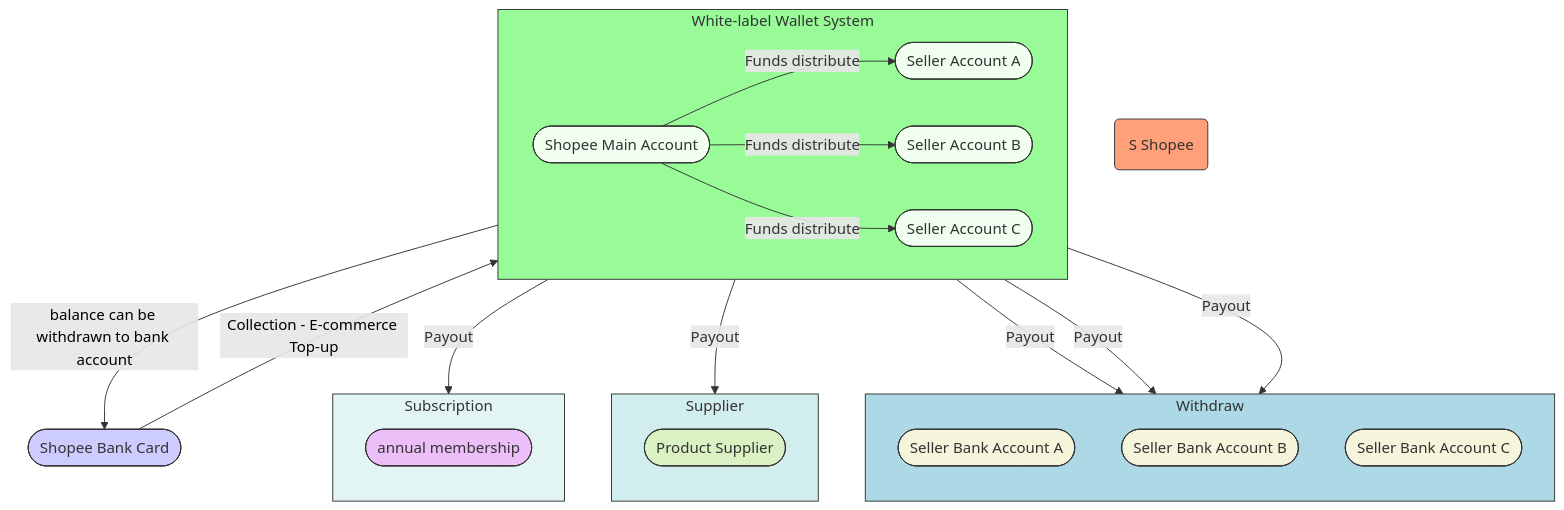
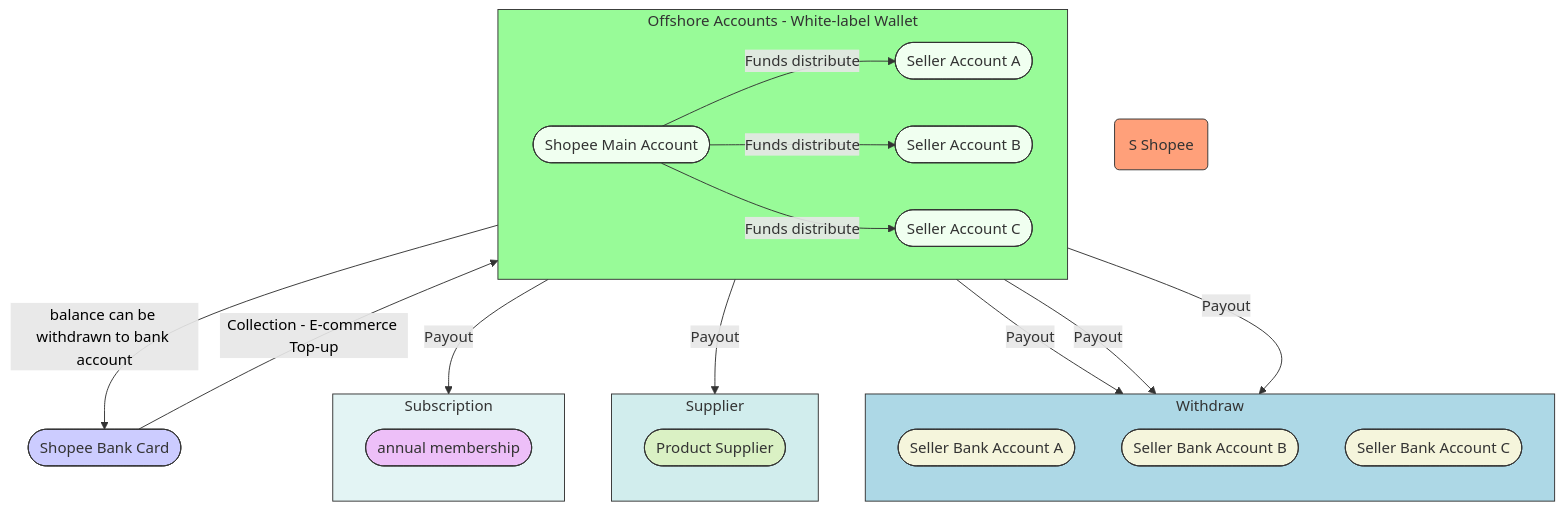
Before and after one commit to blaire101/data-warehouse-solutions: the fifth of 6 diagrams in README.md, drawn with Mermaid.

````diff
--- a/README.md
+++ b/README.md
@@ -371,69 +371,69 @@
 ```mermaid
 graph TD
     %% Left side entities - Shopee above Shopee Bank Card
     Shopee(S Shopee)
     style Shopee fill:#FFA07A,stroke:#333,stroke-width:2px %% Adjusted to comfortable orange-yellow
     ShopeeBankCard([Shopee Bank Card])
     style ShopeeBankCard fill:#ccf,stroke:#333,stroke-width:2px %% Keep light blue for the card
 
-    %% Central green box - White-label Official Wallet
-    subgraph SG_Wallet_T["White-label Wallet System"]
+    %% Central green box - Offshore Accounts White-label Official Wallet
+    subgraph SG_Wallet_T["Offshore Accounts - White-label Wallet"]
         direction LR %% Internal layout is more left-to-right
         style SG_Wallet_T fill:#98FB98,stroke:#333,stroke-width:2px %% Changed to light green
         SMA([Shopee Main Account])
         style SMA fill:#F0FFF0,stroke:#333,stroke-width:2px %% Keep very pale green
         SA_A([Seller Account A])
         style SA_A fill:#F0FFF0,stroke:#333,stroke-width:2px %% Keep very pale green
         SA_B([Seller Account B])
         style SA_B fill:#F0FFF0,stroke:#333,stroke-width:2px %% Keep very pale green
         SA_C([Seller Account C])
         style SA_C fill:#F0FFF0,stroke:#333,stroke-width:2px %% Keep very pale green
 
         SMA -- "Funds distribute" --> SA_A
         SMA -- "Funds distribute" --> SA_B
         SMA -- "Funds distribute" --> SA_C
         linkStyle 0,1,2 stroke:#333,stroke-width:1px
     end
 
     %% Right blue box - Seller Bank Accounts
     subgraph SG_SellerBanks["Withdraw"]
         direction TB %% Internal layout is top-to-bottom
         style SG_SellerBanks fill:#ADD8E6,stroke:#333,stroke-width:2px %% Changed to light blue
         SBA_A([Seller Bank Account A])
         style SBA_A fill:#F5F5DC,stroke:#333,stroke-width:2px %% Keep beige
         SBA_B([Seller Bank Account B])
         style SBA_B fill:#F5F5DC,stroke:#333,stroke-width:2px %% Keep beige
         SBA_C([Seller Bank Account C])
         style SBA_C fill:#F5F5DC,stroke:#333,stroke-width:2px %% Keep beige
     end
 
    %% Right blue box - Seller Product Supplier
     subgraph SZ_ProductSupplier["Supplier"]
         direction TB %% Internal layout is top-to-bottom
         style SZ_ProductSupplier fill:#ADD8,stroke:#333,stroke-width:2px %% Changed to light blue
         SPS_A([Product Supplier])
         style SPS_A fill:#FF23,stroke:#333,stroke-width:2px %% Keep beige
     end
 
     %% Right blue box - Seller Annual Subscription Plan
     subgraph Subs["Subscription"]
         direction TB %% Internal layout is top-to-bottom
         style Subs fill:#ADD5,stroke:#333,stroke-width:1px %% Changed to light blue
         SASP_C([annual membership])
         style SASP_C fill:#F5F5,stroke:#333,stroke-width:1px %% Keep beige
     end
 
     %% Connections between main sections
     ShopeeBankCard --> |Collection - E-commerce Top-up| SMA
     linkStyle 3 stroke:#333,stroke-width:1px,color:#000
 
     SMA --> |balance can be withdrawn to bank account| ShopeeBankCard
     linkStyle 4 stroke:#333,stroke-width:1px,color:#000
 
     SA_A --> |Payout| SBA_A
     SA_A --> |Payout| SPS_A
     SA_C --> |Payout| SASP_C
     SA_B --> |Payout| SBA_B
     SA_C --> |Payout| SBA_C
     linkStyle 5,6,7 stroke:#333,stroke-width:1px
 ```
````
